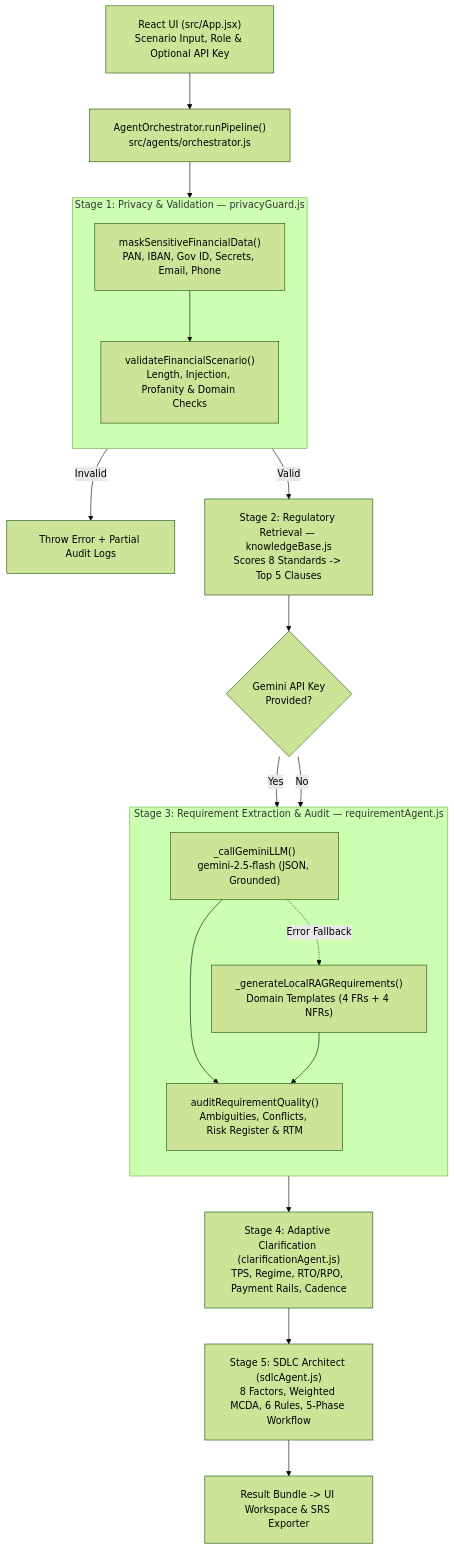
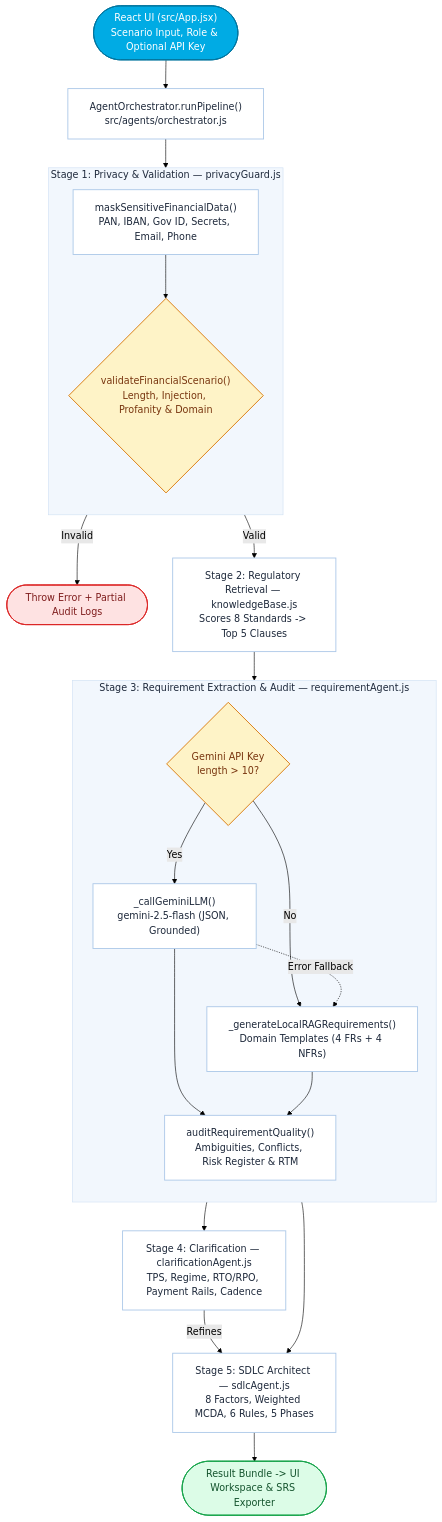
The first of 2 diagrams in ARCHITECTURE.md (shivamkumar87/finreq-ai), drawn with Mermaid (forest theme) before and after one commit. The commit also changed other lines of this file and 1 other file, not shown here.

Commit message:
docs: improve Mermaid flowcharts with multi-line labels, decision gates, and styling

````diff
--- a/ARCHITECTURE.md
+++ b/ARCHITECTURE.md
@@ -14,38 +14,56 @@
 ```mermaid
-%%{init: {'flowchart': {'rankSpacing': 60, 'nodeSpacing': 50, 'padding': 20, 'curve': 'basis'}}}%%
+%%{init: {'flowchart': {'rankSpacing': 48, 'nodeSpacing': 42, 'padding': 18, 'curve': 'basis'}}}%%
 flowchart TD
-    UI["React UI (src/App.jsx)\nScenario Input, Role & Optional API Key"]
-    Orch["AgentOrchestrator.runPipeline()\nsrc/agents/orchestrator.js"]
+    UI(["React UI (src/App.jsx)<br/>Scenario Input, Role & Optional API Key"])
+    Orch["AgentOrchestrator.runPipeline()<br/>src/agents/orchestrator.js"]
 
     subgraph S1["Stage 1: Privacy & Validation — privacyGuard.js"]
         direction TB
-        Mask["maskSensitiveFinancialData()\nPAN, IBAN, Gov ID, Secrets, Email, Phone"]
-        Val["validateFinancialScenario()\nLength, Injection, Profanity & Domain Checks"]
+        Mask["maskSensitiveFinancialData()<br/>PAN, IBAN, Gov ID, Secrets, Email, Phone"]
+        Val{"validateFinancialScenario()<br/>Length, Injection, Profanity & Domain"}
         Mask --> Val
     end
 
-    Err["Throw Error + Partial Audit Logs"]
-    RAG["Stage 2: Regulatory Retrieval — knowledgeBase.js\nScores 8 Standards -> Top 5 Clauses"]
-    Mode{"Gemini API Key\nProvided?"}
+    Err(["Throw Error + Partial Audit Logs"])
+    RAG["Stage 2: Regulatory Retrieval — knowledgeBase.js<br/>Scores 8 Standards -> Top 5 Clauses"]
 
     subgraph S3["Stage 3: Requirement Extraction & Audit — requirementAgent.js"]
         direction TB
-        LLM["_callGeminiLLM()\ngemini-2.5-flash (JSON, Grounded)"]
-        Local["_generateLocalRAGRequirements()\nDomain Templates (4 FRs + 4 NFRs)"]
-        Audit["auditRequirementQuality()\nAmbiguities, Conflicts, Risk Register & RTM"]
+        Mode{"Gemini API Key<br/>length > 10?"}
+        LLM["_callGeminiLLM()<br/>gemini-2.5-flash (JSON, Grounded)"]
+        Local["_generateLocalRAGRequirements()<br/>Domain Templates (4 FRs + 4 NFRs)"]
+        Audit["auditRequirementQuality()<br/>Ambiguities, Conflicts, Risk Register & RTM"]
+        Mode -->|"Yes"| LLM
+        Mode -->|"No"| Local
+        LLM -.->|"Error Fallback"| Local
         LLM --> Audit
         Local --> Audit
     end
 
-    Clarify["Stage 4: Adaptive Clarification (clarificationAgent.js)\nTPS, Regime, RTO/RPO, Payment Rails, Cadence"]
-    SDLC["Stage 5: SDLC Architect (sdlcAgent.js)\n8 Factors, Weighted MCDA, 6 Rules, 5-Phase Workflow"]
-    Out["Result Bundle -> UI Workspace & SRS Exporter"]
+    Clarify["Stage 4: Clarification — clarificationAgent.js<br/>TPS, Regime, RTO/RPO, Payment Rails, Cadence"]
+    SDLC["Stage 5: SDLC Architect — sdlcAgent.js<br/>8 Factors, Weighted MCDA, 6 Rules, 5 Phases"]
+    Out(["Result Bundle -> UI Workspace & SRS Exporter"])
 
     UI --> Orch --> Mask
     Val -->|"Invalid"| Err
     Val -->|"Valid"| RAG --> Mode
-    Mode -->|"Yes"| LLM
-    Mode -->|"No"| Local
-    LLM -.->|"Error Fallback"| Local
-    Audit --> Clarify --> SDLC --> Out
+    Audit --> Clarify
+    Audit --> SDLC
+    Clarify -->|"Refines"| SDLC
+    SDLC --> Out
+
+    classDef io fill:#00ABE4,stroke:#00749E,color:#FFFFFF,stroke-width:1.5px;
+    classDef step fill:#FFFFFF,stroke:#ACC8E8,color:#1E293B,stroke-width:1.5px;
+    classDef gate fill:#FEF3C7,stroke:#D97706,color:#78350F,stroke-width:1.5px;
+    classDef danger fill:#FEE2E2,stroke:#DC2626,color:#7F1D1D,stroke-width:1.5px;
+    classDef done fill:#DCFCE7,stroke:#16A34A,color:#14532D,stroke-width:1.5px;
+
+    class UI io;
+    class Orch,Mask,RAG,LLM,Local,Audit,Clarify,SDLC step;
+    class Val,Mode gate;
+    class Err danger;
+    class Out done;
+
+    style S1 fill:#F2F7FD,stroke:#CFE0F3,color:#1E293B
+    style S3 fill:#F2F7FD,stroke:#CFE0F3,color:#1E293B
 ```
````
